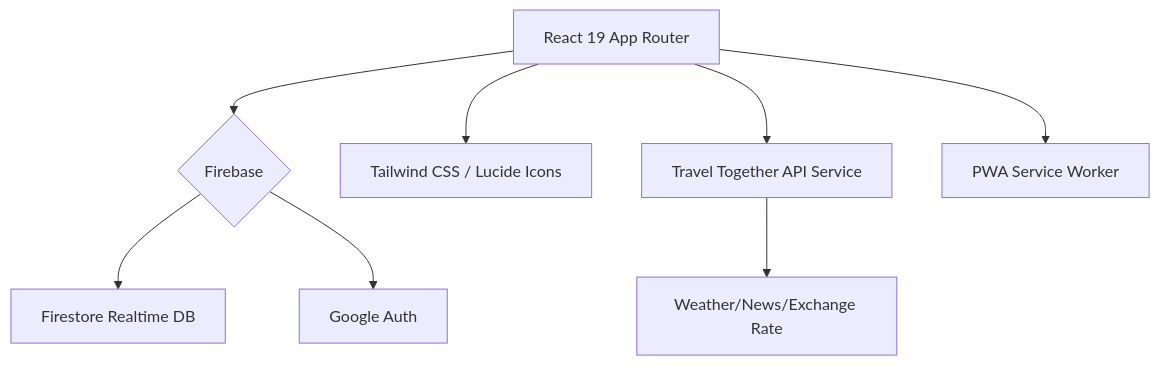
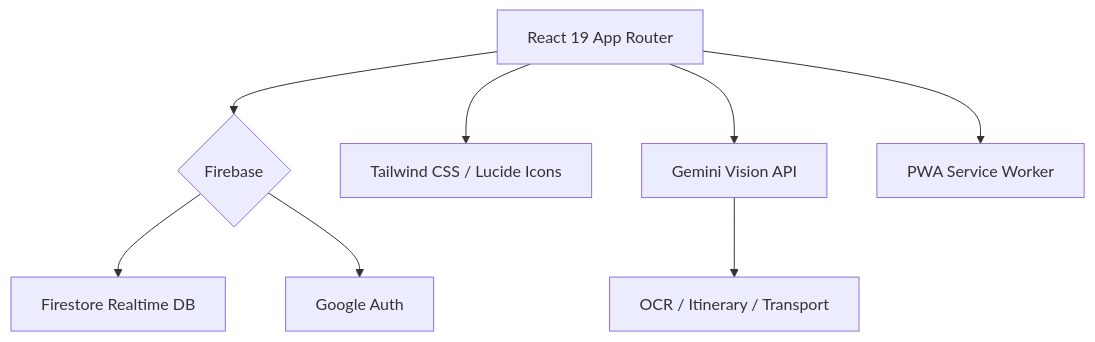
Before and after one commit to JackoV416/travelTogether2: the diagram in README.md, drawn with Mermaid. The commit also changed other lines of this file and 21 other files, not shown here.

````diff
--- a/README.md
+++ b/README.md
@@ -40,10 +60,10 @@
 ```mermaid
 graph TD
     A[React 19 App Router] --> B{Firebase}
     B --> C[Firestore Realtime DB]
     B --> D[Google Auth]
     A --> E[Tailwind CSS / Lucide Icons]
-    A --> F[Travel Together API Service]
-    F --> G[Weather/News/Exchange Rate]
+    A --> F[Gemini Vision API]
+    F --> G[OCR / Itinerary / Transport]
     A --> H[PWA Service Worker]
 ```
````
